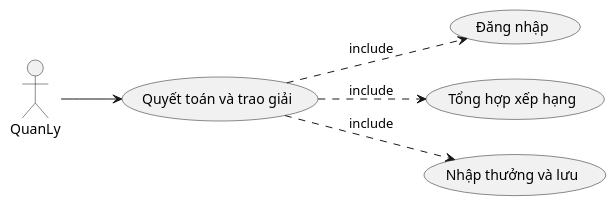
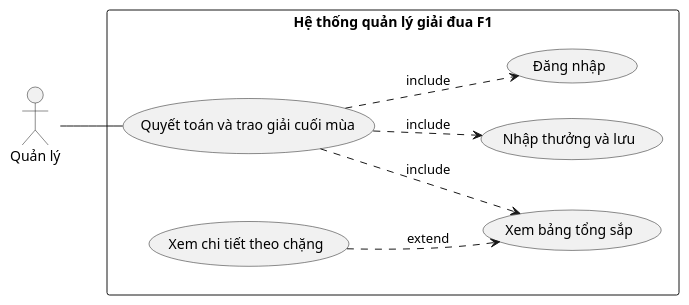
The first of 6 diagrams in Module 4 - Thanh/noi-dung.md (7gho/CNPM-He2026), drawn with PlantUML before and after one commit. The commit also changed other lines of this file and 53 other files, not shown here.

````diff
--- a/Module 4 - Thanh/noi-dung.md
+++ b/Module 4 - Thanh/noi-dung.md
@@ -29,14 +50,18 @@
 ```plantuml
 @startuml
 left to right direction
-actor QuanLy
-usecase "Quyết toán và trao giải" as UC
-usecase "Đăng nhập" as DN
-usecase "Tổng hợp xếp hạng" as TH
-usecase "Nhập thưởng và lưu" as NT
-QuanLy --> UC
-UC ..> DN : include
-UC ..> TH : include
-UC ..> NT : include
+actor "Quản lý" as QL
+rectangle "Hệ thống quản lý giải đua F1" {
+  usecase "Quyết toán và trao giải cuối mùa" as UC
+  usecase "Đăng nhập" as DN
+  usecase "Xem bảng tổng sắp" as XH
+  usecase "Xem chi tiết theo chặng" as CT
+  usecase "Nhập thưởng và lưu" as NT
+  UC ..> DN : include
+  UC ..> XH : include
+  UC ..> NT : include
+  CT ..> XH : extend
+}
+QL -- UC
 @enduml
 ```
````
